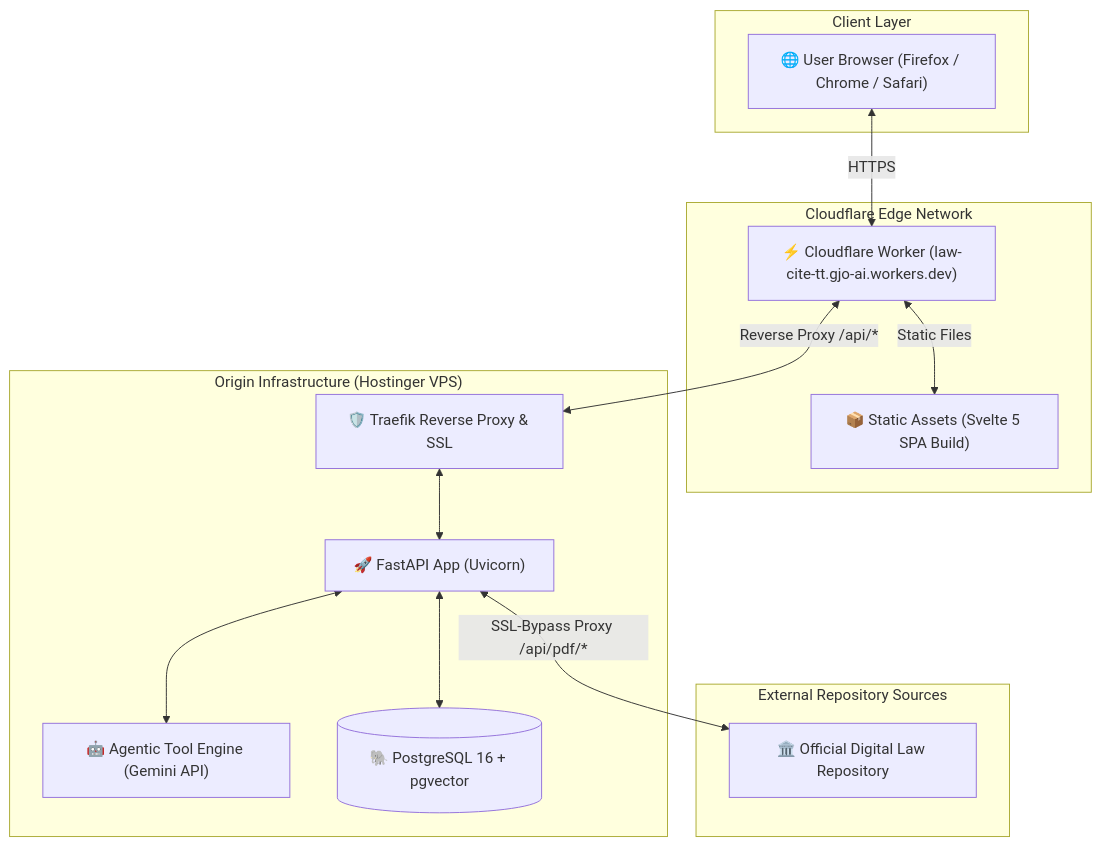
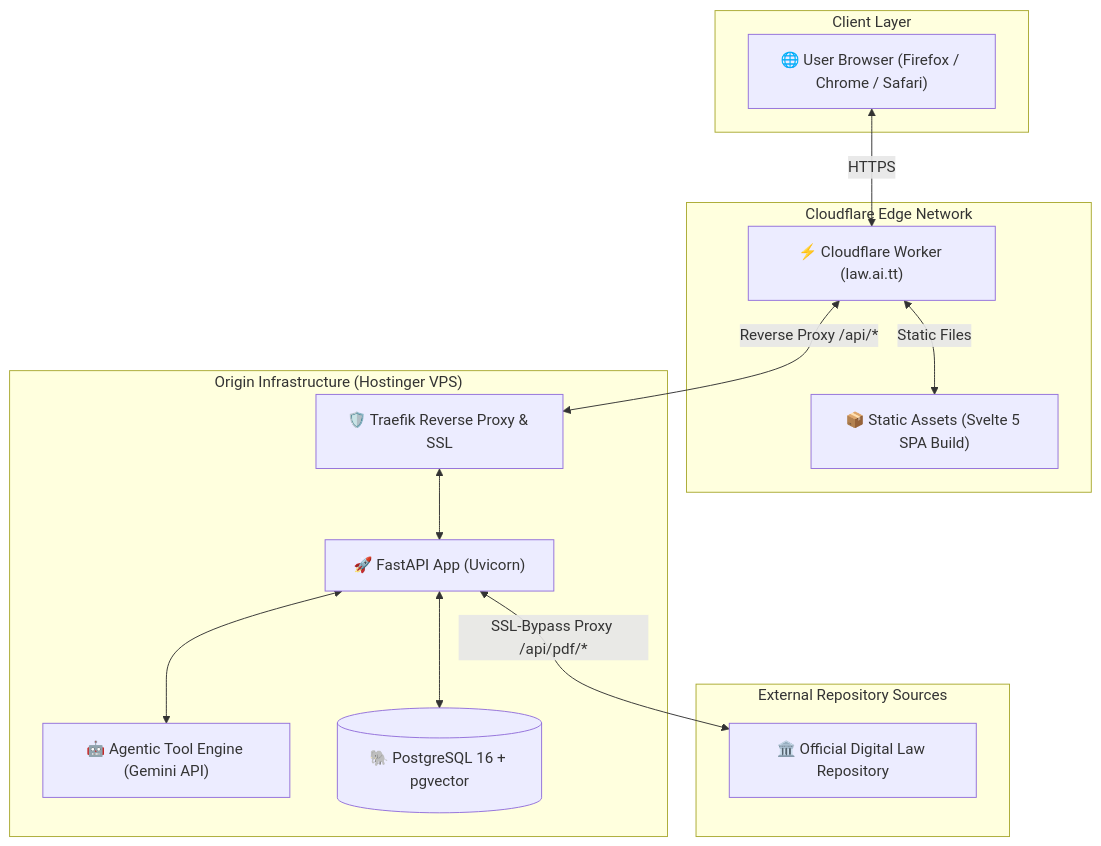
One commit to gregory1506/law-cite-tt changed the diagram in README.md. Above: the diagram before and after it, drawn with Mermaid. The commit also changed other lines of this file, not shown here.

Commit message:
update to law.ai.tt

````diff
--- a/README.md
+++ b/README.md
@@ -97,31 +97,31 @@
 ```mermaid
 flowchart TD
     subgraph Client ["Client Layer"]
         User["🌐 User Browser (Firefox / Chrome / Safari)"]
     end
 
     subgraph Cloudflare ["Cloudflare Edge Network"]
-        CFWorker["⚡ Cloudflare Worker (law-cite-tt.gjo-ai.workers.dev)"]
+        CFWorker["⚡ Cloudflare Worker (law.ai.tt)"]
         CFAssets["📦 Static Assets (Svelte 5 SPA Build)"]
     end
 
     subgraph VPS ["Origin Infrastructure (Hostinger VPS)"]
         Traefik["🛡️ Traefik Reverse Proxy & SSL"]
         FastAPI["🚀 FastAPI App (Uvicorn)"]
         Agent["🤖 Agentic Tool Engine (Gemini API)"]
         PGDB[("🐘 PostgreSQL 16 + pgvector")]
     end
 
     subgraph External ["External Repository Sources"]
         GovTT["🏛️ Official Digital Law Repository"]
     end
 
 
     User <-->|HTTPS| CFWorker
     CFWorker <-->|Static Files| CFAssets
     CFWorker <-->|Reverse Proxy /api/*| Traefik
     Traefik <--> FastAPI
     FastAPI <--> Agent
     FastAPI <--> PGDB
     FastAPI <-->|SSL-Bypass Proxy /api/pdf/*| GovTT
 ```
````
